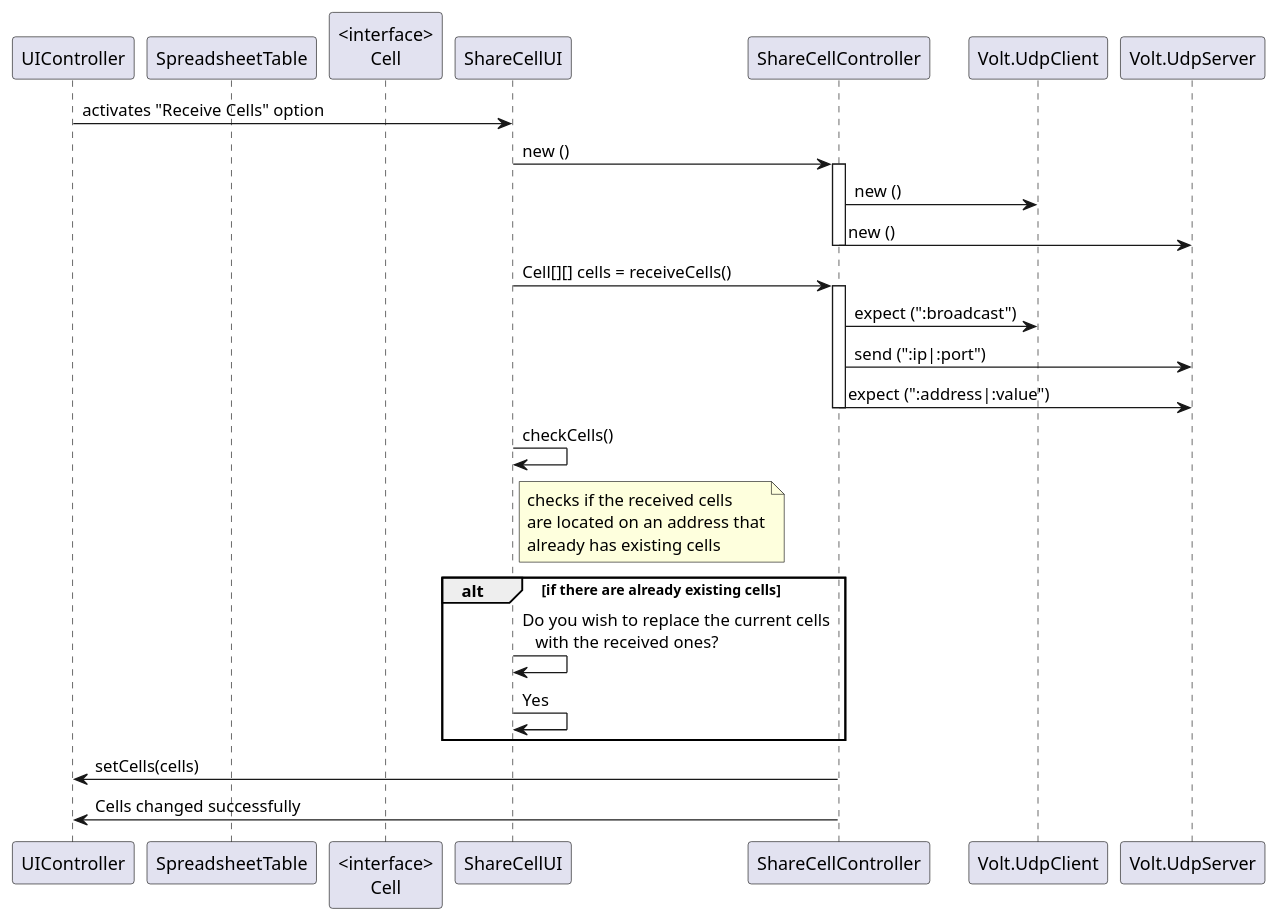
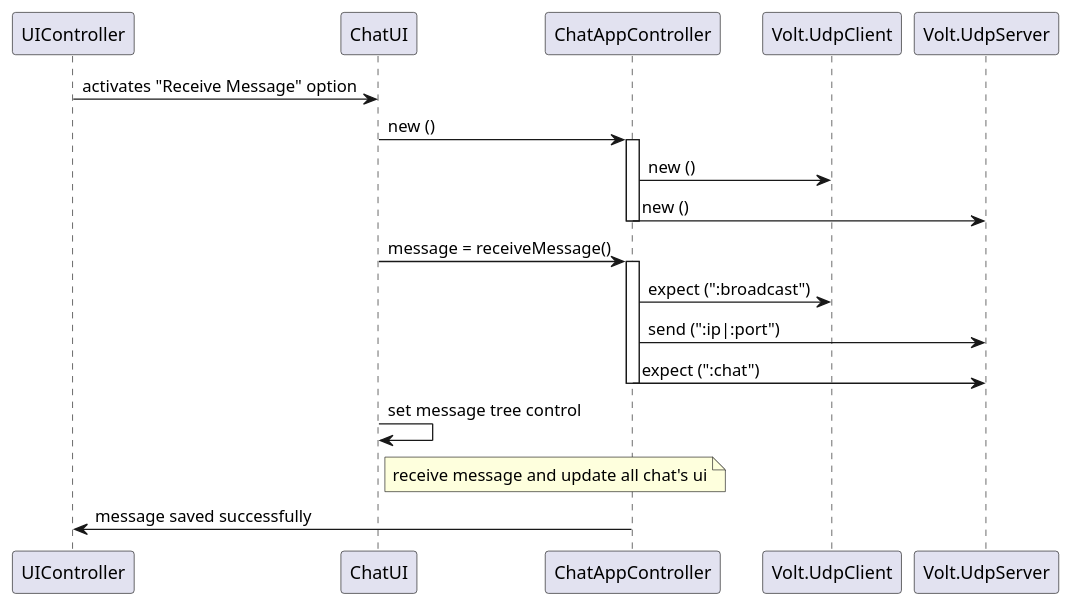
The diagram in src/main/java/csheets/worklog/n1140611/sprint2/ipc05.1_design1.puml (RubenTeixeira/cleansheets_isep_2dg_2016), drawn with PlantUML before and after one commit. The commit also changed 20 other files, not shown here.

```diff
--- a/src/main/java/csheets/worklog/n1140611/sprint2/ipc05.1_design1.puml
+++ b/src/main/java/csheets/worklog/n1140611/sprint2/ipc05.1_design1.puml
@@ -1,39 +1,31 @@
 @startuml doc-files/ipc05.1_design1.png
 
 participant "UIController" as UIController
-participant "SpreadsheetTable" as SpreadsheetTable
-participant "<interface>\nCell" as Cell
-participant "ShareCellUI" as ShareCellUI
-participant "ShareCellController" as ShareCellController
+participant "ChatUI" as ChatUI
+participant "ChatAppController" as ChatAppController
 participant "Volt.UdpClient" as UdpClient
 participant "Volt.UdpServer" as UdpServer
 
-UIController->ShareCellUI: activates "Receive Cells" option
-ShareCellUI->ShareCellController: new ()
+UIController->ChatUI: activates "Receive Message" option
+ChatUI->ChatAppController: new ()
 
-activate ShareCellController
-ShareCellController->UdpClient: new ()
-ShareCellController->UdpServer: new ()
-deactivate ShareCellController
+activate ChatAppController
+ChatAppController->UdpClient: new ()
+ChatAppController->UdpServer: new ()
+deactivate ChatAppController
 
-ShareCellUI->ShareCellController: Cell[][] cells = receiveCells()
+ChatUI->ChatAppController: message = receiveMessage()
 
-activate ShareCellController
-ShareCellController->UdpClient: expect (":broadcast")
-ShareCellController->UdpServer: send (":ip|:port")
+activate ChatAppController
+ChatAppController->UdpClient: expect (":broadcast")
+ChatAppController->UdpServer: send (":ip|:port")
 
-ShareCellController->UdpServer: expect (":address|:value")
-deactivate ShareCellController
+ChatAppController->UdpServer: expect (":chat")
+deactivate ChatAppController
 
-ShareCellUI->ShareCellUI: checkCells()
-note right of ShareCellUI: checks if the received cells\nare located on an address that\nalready has existing cells
+ChatUI->ChatUI:set message tree control
+note right of ChatUI: receive message and update all chat's ui
 
-alt if there are already existing cells
-    ShareCellUI->ShareCellUI: Do you wish to replace the current cells\n   with the received ones?
-    ShareCellUI->ShareCellUI: Yes
-end
-
-ShareCellController->UIController: setCells(cells)
-ShareCellController->UIController: Cells changed successfully
+ChatAppController->UIController: message saved successfully
 
 @enduml
```
